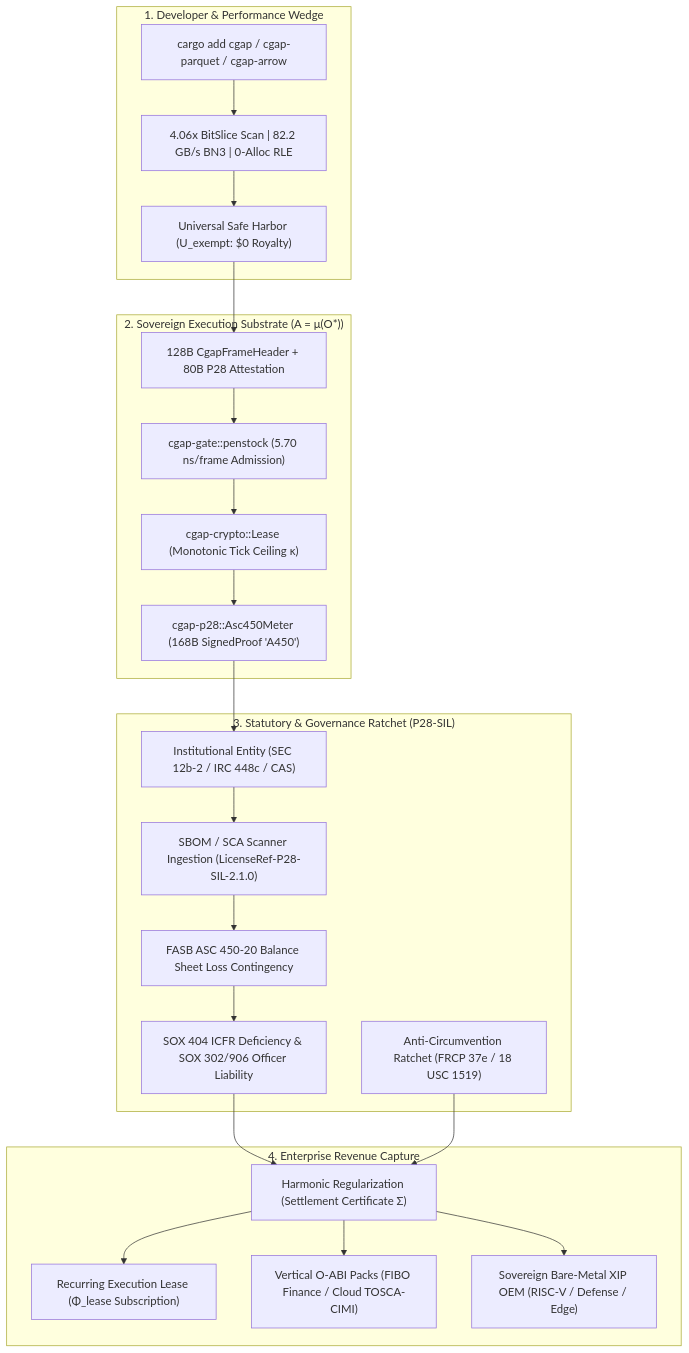
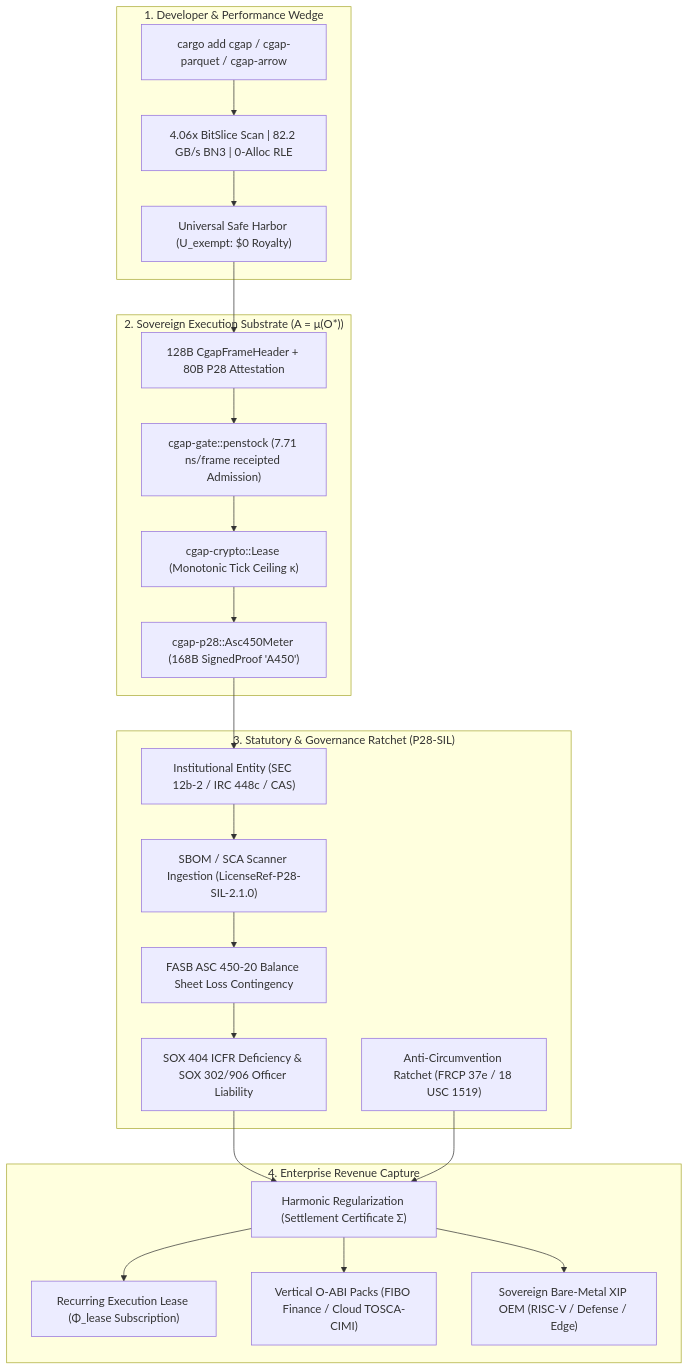
Before and after one commit to seanchatmangpt/cgap: the diagram in docs/REVENUE_GENERATION_COMPENDIUM.md, drawn with Mermaid. The commit also changed other lines of this file and 79 other files, not shown here.

````diff
--- a/docs/REVENUE_GENERATION_COMPENDIUM.md
+++ b/docs/REVENUE_GENERATION_COMPENDIUM.md
@@ -49,39 +49,39 @@
 ```mermaid
 flowchart TD
     subgraph Wedge ["1. Developer & Performance Wedge"]
         Dev["cargo add cgap / cgap-parquet / cgap-arrow"]
         Perf["4.06x BitSlice Scan | 82.2 GB/s BN3 | 0-Alloc RLE"]
         SafeHarbor["Universal Safe Harbor (U_exempt: $0 Royalty)"]
     end
 
     subgraph Substrate ["2. Sovereign Execution Substrate (A = μ(O*))"]
         Frame["128B CgapFrameHeader + 80B P28 Attestation"]
-        Penstock["cgap-gate::penstock (5.70 ns/frame Admission)"]
+        Penstock["cgap-gate::penstock (7.71 ns/frame receipted Admission)"]
         Lease["cgap-crypto::Lease (Monotonic Tick Ceiling κ)"]
         Meter["cgap-p28::Asc450Meter (168B SignedProof 'A450')"]
     end
 
     subgraph Ratchet ["3. Statutory & Governance Ratchet (P28-SIL)"]
         Entity["Institutional Entity (SEC 12b-2 / IRC 448c / CAS)"]
         SBOM["SBOM / SCA Scanner Ingestion (LicenseRef-P28-SIL-2.1.0)"]
         ASC450["FASB ASC 450-20 Balance Sheet Loss Contingency"]
         SOX["SOX 404 ICFR Deficiency & SOX 302/906 Officer Liability"]
         Spoliation["Anti-Circumvention Ratchet (FRCP 37e / 18 USC 1519)"]
     end
 
     subgraph Revenue ["4. Enterprise Revenue Capture"]
         Harmonic["Harmonic Regularization (Settlement Certificate Σ)"]
         EnterpriseLease["Recurring Execution Lease (Φ_lease Subscription)"]
         DomainPacks["Vertical O-ABI Packs (FIBO Finance / Cloud TOSCA-CIMI)"]
         OEM["Sovereign Bare-Metal XIP OEM (RISC-V / Defense / Edge)"]
     end
 
     Dev --> Perf --> SafeHarbor
     SafeHarbor --> Frame --> Penstock --> Lease --> Meter
     Meter --> Entity --> SBOM --> ASC450 --> SOX
     SOX --> Harmonic
     Spoliation --> Harmonic
     Harmonic --> EnterpriseLease
     Harmonic --> DomainPacks
     Harmonic --> OEM
 ```
````
